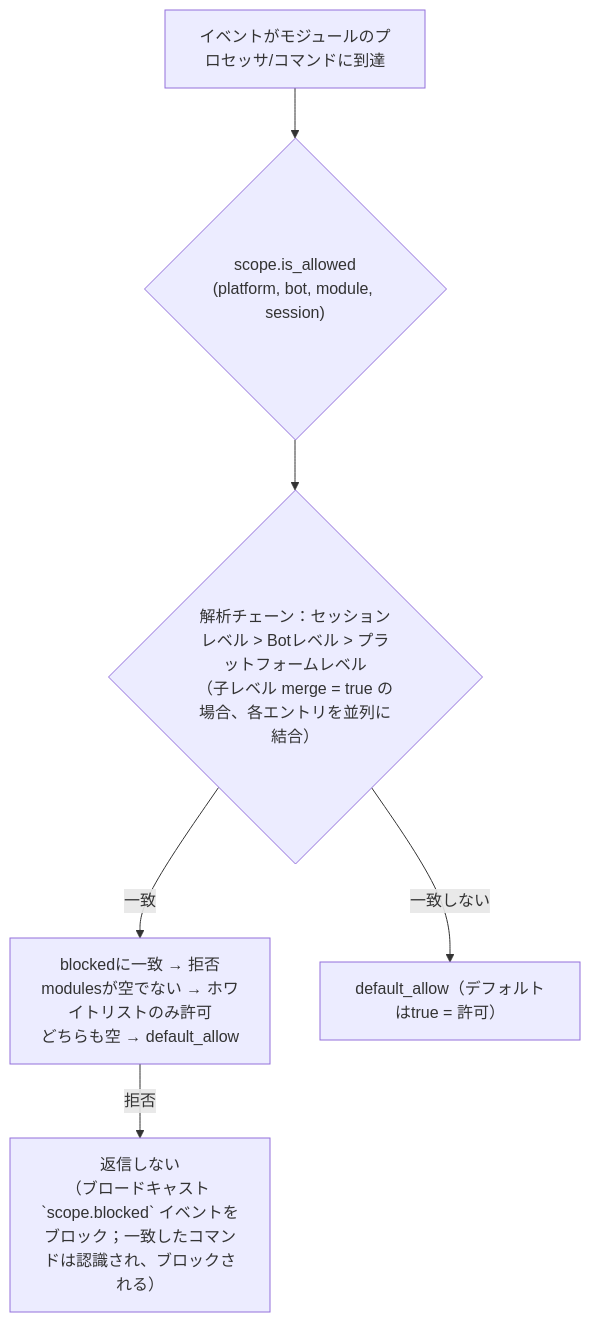
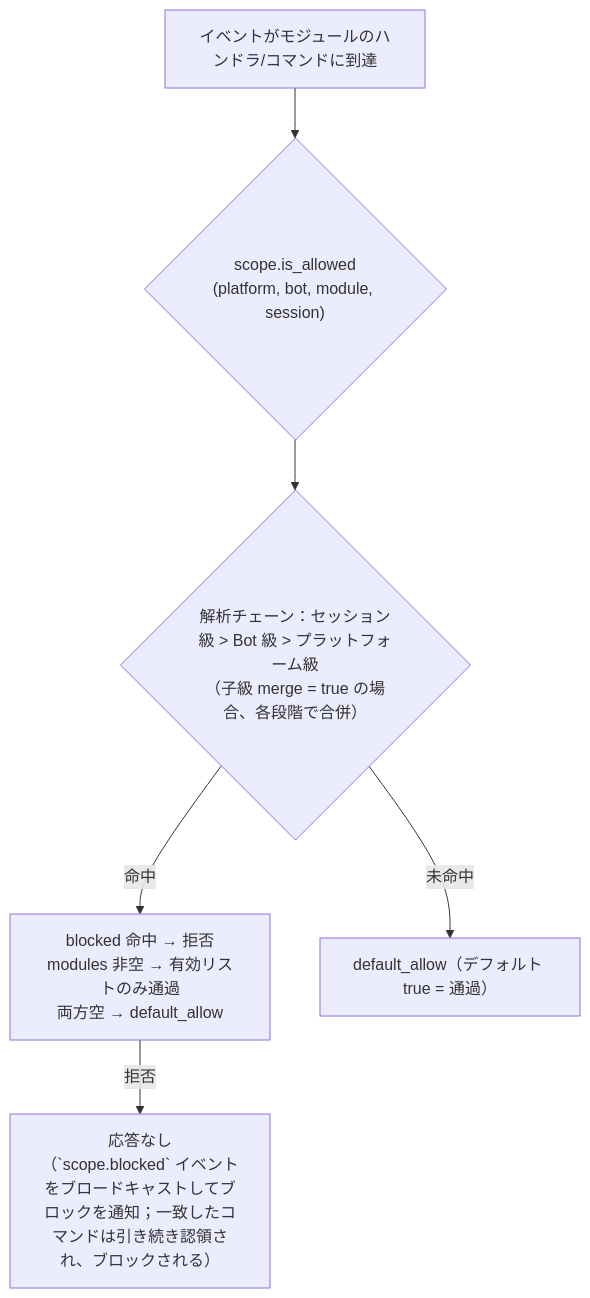
Before and after one commit to ErisPulse/ErisPulse: the diagram in docs/ja/advanced/scope.md, drawn with Mermaid. The commit also changed other lines of this file and 828 other files, not shown here.

````diff
--- a/docs/ja/advanced/scope.md
+++ b/docs/ja/advanced/scope.md
@@ -89,8 +95,8 @@
 ```mermaid
 flowchart TD
-    A["イベントがモジュールのプロセッサ/コマンドに到達"] --> B{"scope.is_allowed<br/>(platform, bot, module, session)"}
-    B --> C{"解析チェーン：セッションレベル > Botレベル > プラットフォームレベル<br/>（子レベル merge = true の場合、各エントリを並列に結合）"}
-    C -->|"一致"| D["blockedに一致 → 拒否<br/>modulesが空でない → ホワイトリストのみ許可<br/>どちらも空 → default_allow"]
-    C -->|"一致しない"| E["default_allow（デフォルトはtrue = 許可）"]
-    D -->|"拒否"| Z["返信しない<br/>（ブロードキャスト `scope.blocked` イベントをブロック；一致したコマンドは認識され、ブロックされる）"]
+    A["イベントがモジュールのハンドラ/コマンドに到達"] --> B{"scope.is_allowed<br/>(platform, bot, module, session)"}
+    B --> C{"解析チェーン：セッション級 > Bot 級 > プラットフォーム級<br/>（子級 merge = true の場合、各段階で合併）"}
+    C -->|"命中"| D["blocked 命中 → 拒否<br/>modules 非空 → 有効リストのみ通過<br/>両方空 → default_allow"]
+    C -->|"未命中"| E["default_allow（デフォルト true = 通過）"]
+    D -->|"拒否"| Z["応答なし<br/>（`scope.blocked` イベントをブロードキャストしてブロックを通知；一致したコマンドは引き続き認領され、ブロックされる）"]
 ```
````
